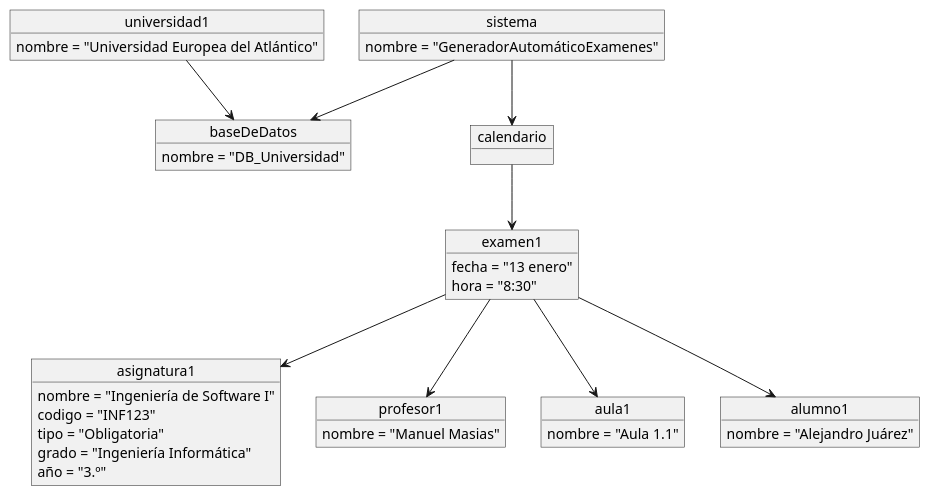
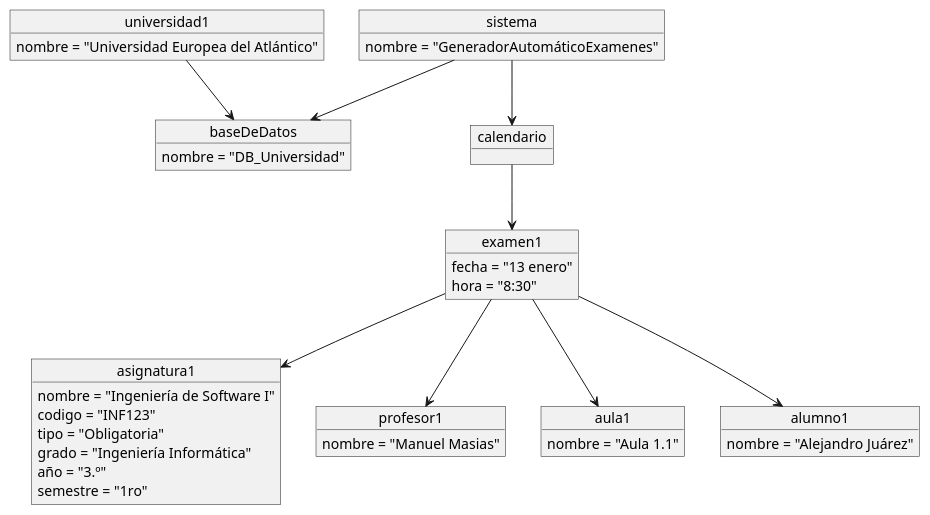
Before and after one commit to Alejandrojuarez0105/25-26-IdSw1-SdR: the diagram in modelos/modelosUML/primeraReunionConCliente/BocetoDiagramaObjetosGeneradorExamenes.puml, drawn with PlantUML. The commit also changed 1 other file, not shown here.

Commit message:
Corrección en BocetoDiagramaObjetosGeneradoExamenes
Como lo mencionaba el cliente, los exámenes además de todo lo que ya teníamos, también tiene semestre (clasificado en 1ro y 2do), esto se ha corregido en el diagrama de objetos

```diff
--- a/modelos/modelosUML/primeraReunionConCliente/BocetoDiagramaObjetosGeneradorExamenes.puml
+++ b/modelos/modelosUML/primeraReunionConCliente/BocetoDiagramaObjetosGeneradorExamenes.puml
@@ -1,50 +1,51 @@
 @startuml
 
 object universidad1 {
   nombre = "Universidad Europea del Atlántico"
 }
 
 object baseDeDatos {
   nombre = "DB_Universidad"
 }
 
 object sistema {
   nombre = "GeneradorAutomáticoExamenes"
 }
 
 object calendario
 
 object examen1 {
   fecha = "13 enero"
   hora = "8:30"
 }
 
 object asignatura1 {
   nombre = "Ingeniería de Software I"
   codigo = "INF123"
   tipo = "Obligatoria"
   grado = "Ingeniería Informática"
   año = "3.º"
+  semestre = "1ro"
 }
 
 object profesor1 {
   nombre = "Manuel Masias"
 }
 
 object aula1 {
   nombre = "Aula 1.1"
 }
 
 object alumno1 {
   nombre = "Alejandro Juárez"
 }
 
 universidad1 --> baseDeDatos
 sistema --> baseDeDatos
 sistema --> calendario
 calendario --> examen1
 examen1 --> asignatura1
 examen1 --> profesor1
 examen1 --> aula1
 examen1 --> alumno1
 @enduml
```
